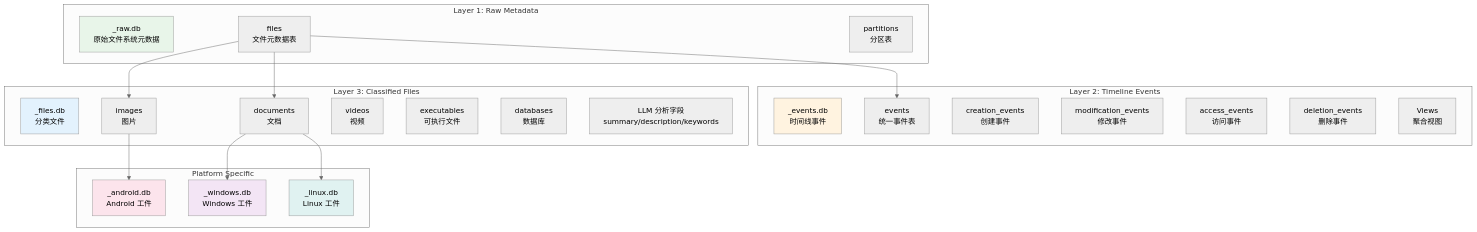
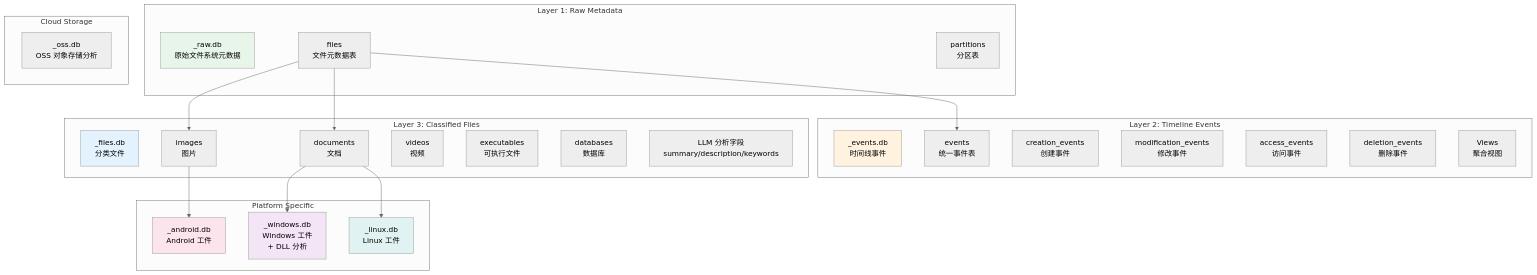
The first of 4 diagrams in docs/architecture/DatabaseSchema.md (ymj68520/TraceLens), drawn with Mermaid (neutral theme) before and after one commit. The commit also changed other lines of this file and 9 other files, not shown here.

````diff
--- a/docs/architecture/DatabaseSchema.md
+++ b/docs/architecture/DatabaseSchema.md
@@ -21,48 +21,52 @@
 ```mermaid
 graph TB
     subgraph "Layer 1: Raw Metadata"
         A[_raw.db<br/>原始文件系统元数据]
         A1[files<br/>文件元数据表]
         A2[partitions<br/>分区表]
     end
 
     subgraph "Layer 2: Timeline Events"
         B[_events.db<br/>时间线事件]
         B1[events<br/>统一事件表]
         B2[creation_events<br/>创建事件]
         B3[modification_events<br/>修改事件]
         B4[access_events<br/>访问事件]
         B5[deletion_events<br/>删除事件]
         B6[Views<br/>聚合视图]
     end
 
     subgraph "Layer 3: Classified Files"
         C[_files.db<br/>分类文件]
         C1[images<br/>图片]
         C2[documents<br/>文档]
         C3[videos<br/>视频]
         C4[executables<br/>可执行文件]
         C5[databases<br/>数据库]
         C6[LLM 分析字段<br/>summary/description/keywords]
     end
 
     subgraph "Platform Specific"
         D[_android.db<br/>Android 工件]
-        E[_windows.db<br/>Windows 工件]
+        E[_windows.db<br/>Windows 工件<br/>+ DLL 分析]
         F[_linux.db<br/>Linux 工件]
+    end
+
+    subgraph "Cloud Storage"
+        G[_oss.db<br/>OSS 对象存储分析]
     end
 
     A1 --> B1
     A1 --> C1
     A1 --> C2
     C1 --> D
     C2 --> E
     C2 --> F
 
     style A fill:#e8f5e9
     style B fill:#fff3e0
     style C fill:#e3f2fd
     style D fill:#fce4ec
     style E fill:#f3e5f5
     style F fill:#e0f2f1
 ```
````
